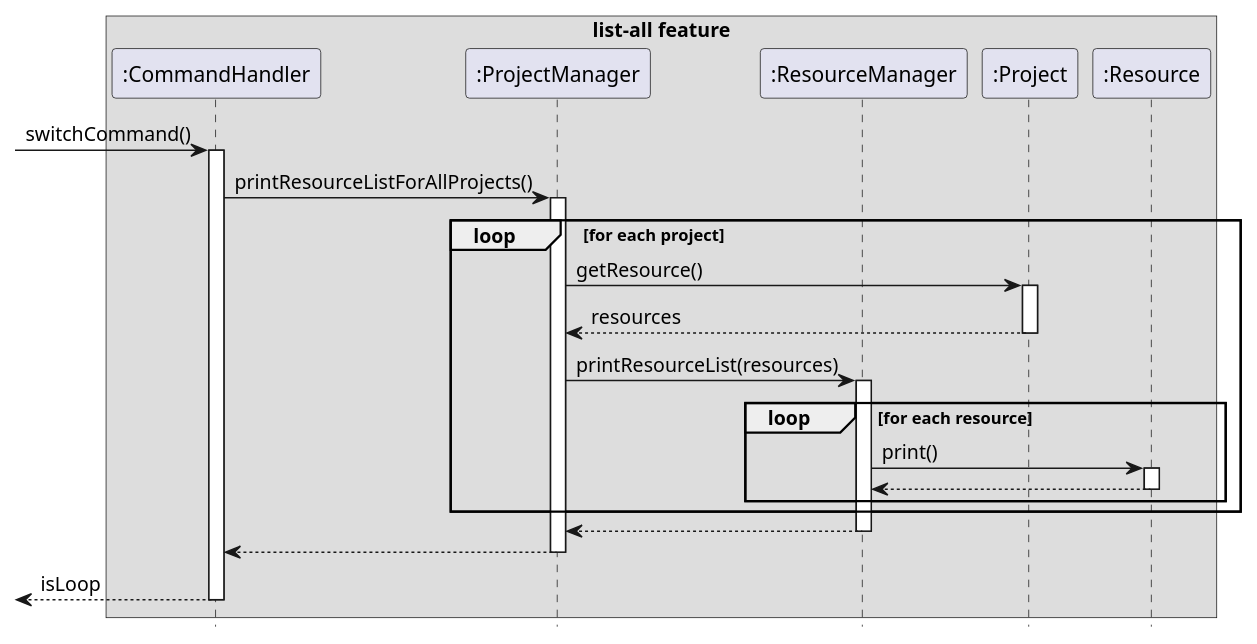
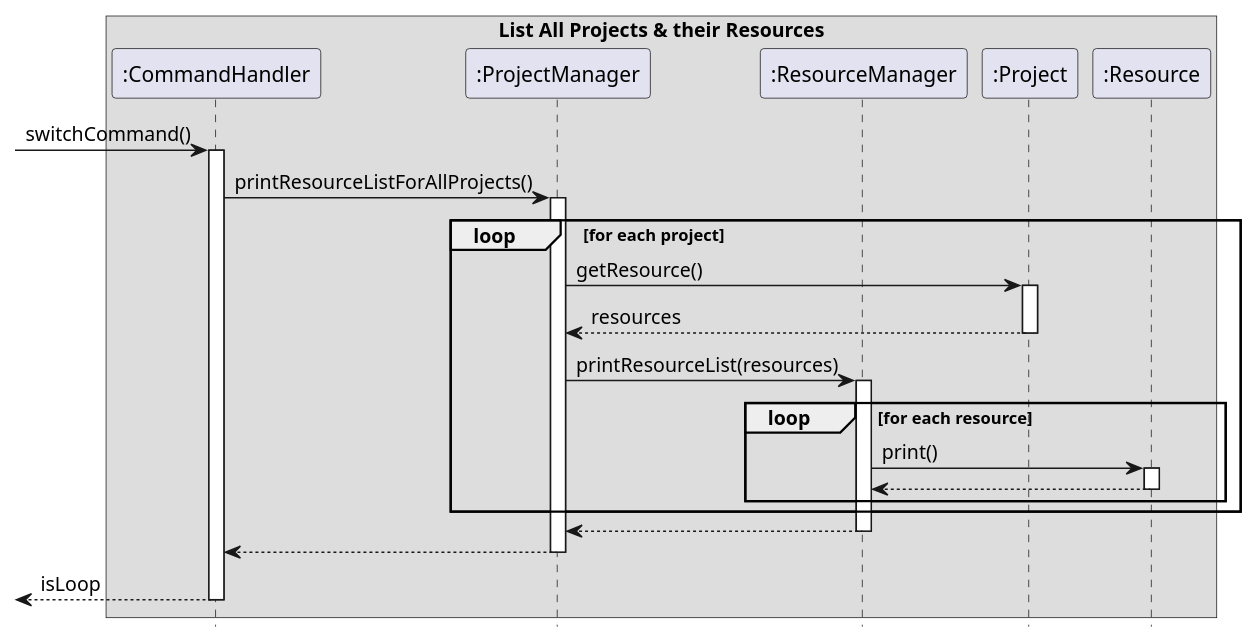
Before and after one commit to s-t-e-f/tp: the diagram in docs/PlantUML/listfinal.puml, drawn with PlantUML. The commit also changed 3 other files, not shown here.

Commit message:
Fix list sequence diagrams bugs

```diff
--- a/docs/PlantUML/listfinal.puml
+++ b/docs/PlantUML/listfinal.puml
@@ -1,32 +1,32 @@
 @startuml
 hide footbox
-box list-all feature
+box List All Projects & their Resources
 participant ":CommandHandler" as CH
 participant ":ProjectManager" as PM
 participant ":ResourceManager" as RM
 participant ":Project" as P
 participant ":Resource" as R
 
 [-> CH: switchCommand()
 activate CH
 
 CH -> PM: printResourceListForAllProjects()
 activate PM
 
 loop for each project
     PM -> P: getResource()
     activate P
     return resources
     PM -> RM: printResourceList(resources)
     activate RM
     loop for each resource
         RM->R: print()
         activate R
         return
     end
 end
 return
 return
 return isLoop
 
 @enduml
```
